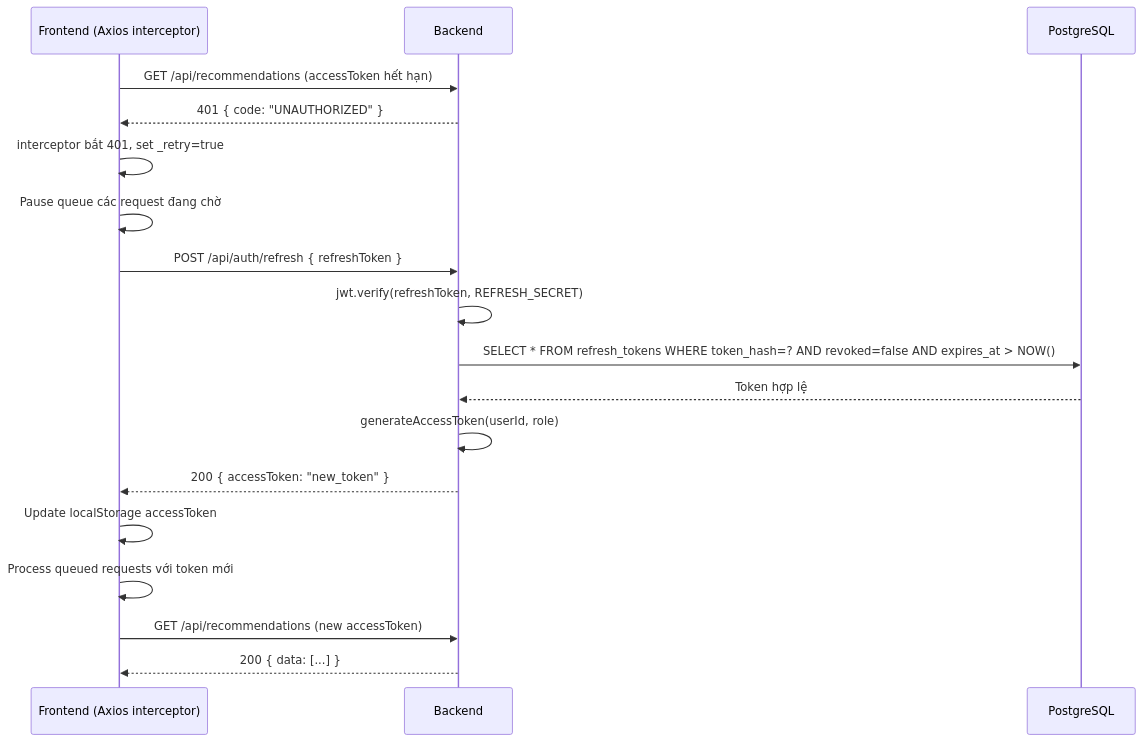
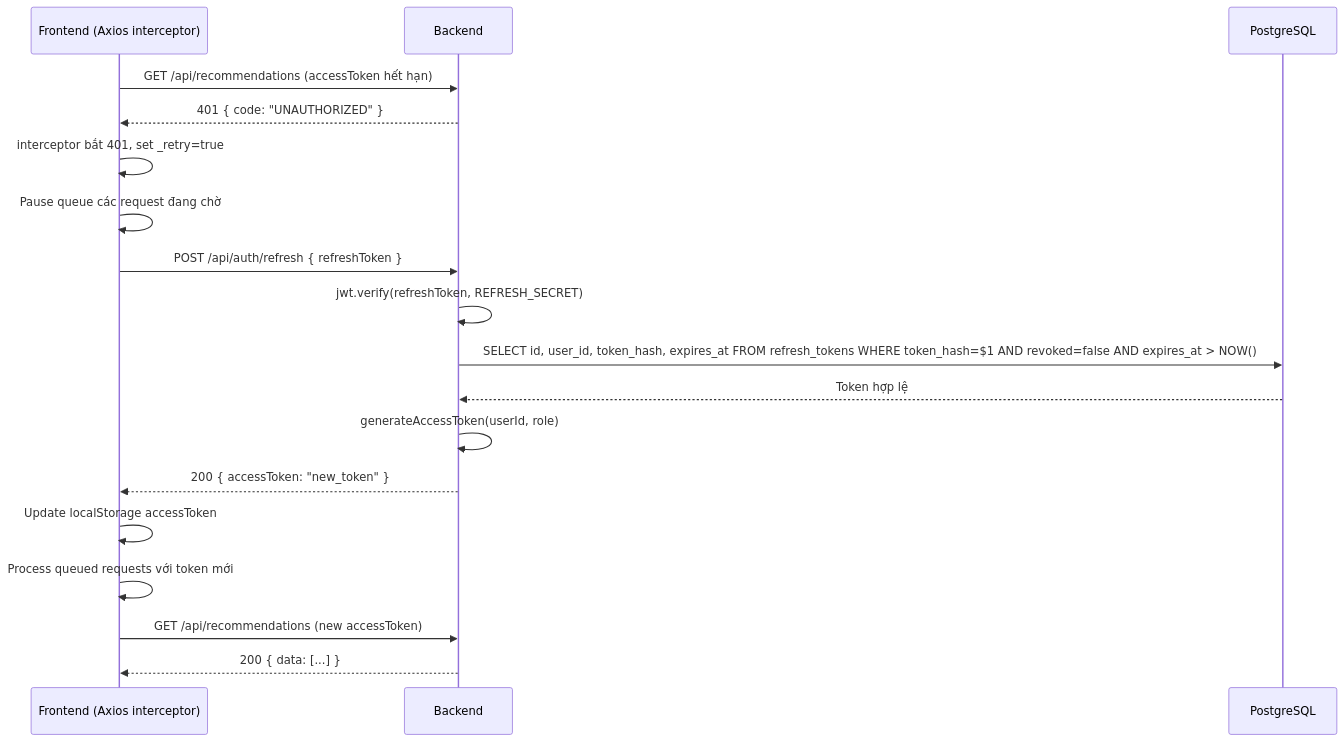
Before and after one commit to HoangAnh-ToiChoi/MedAssist-Project-AI-Drug-Recommendation-System: the fourth of 4 diagrams in docs/technical/TDD.md, drawn with Mermaid. The commit also changed other lines of this file, not shown here.

````diff
--- a/docs/technical/TDD.md
+++ b/docs/technical/TDD.md
@@ -555,24 +603,24 @@
 ```mermaid
 sequenceDiagram
     participant FE as Frontend (Axios interceptor)
     participant BE as Backend
     participant DB as PostgreSQL
 
     FE->>BE: GET /api/recommendations (accessToken hết hạn)
     BE-->>FE: 401 { code: "UNAUTHORIZED" }
 
     FE->>FE: interceptor bắt 401, set _retry=true
     FE->>FE: Pause queue các request đang chờ
 
     FE->>BE: POST /api/auth/refresh { refreshToken }
     BE->>BE: jwt.verify(refreshToken, REFRESH_SECRET)
-    BE->>DB: SELECT * FROM refresh_tokens WHERE token_hash=? AND revoked=false AND expires_at > NOW()
+    BE->>DB: SELECT id, user_id, token_hash, expires_at FROM refresh_tokens WHERE token_hash=$1 AND revoked=false AND expires_at > NOW()
     DB-->>BE: Token hợp lệ
     BE->>BE: generateAccessToken(userId, role)
     BE-->>FE: 200 { accessToken: "new_token" }
 
     FE->>FE: Update localStorage accessToken
     FE->>FE: Process queued requests với token mới
     FE->>BE: GET /api/recommendations (new accessToken)
     BE-->>FE: 200 { data: [...] }
 ```
````
